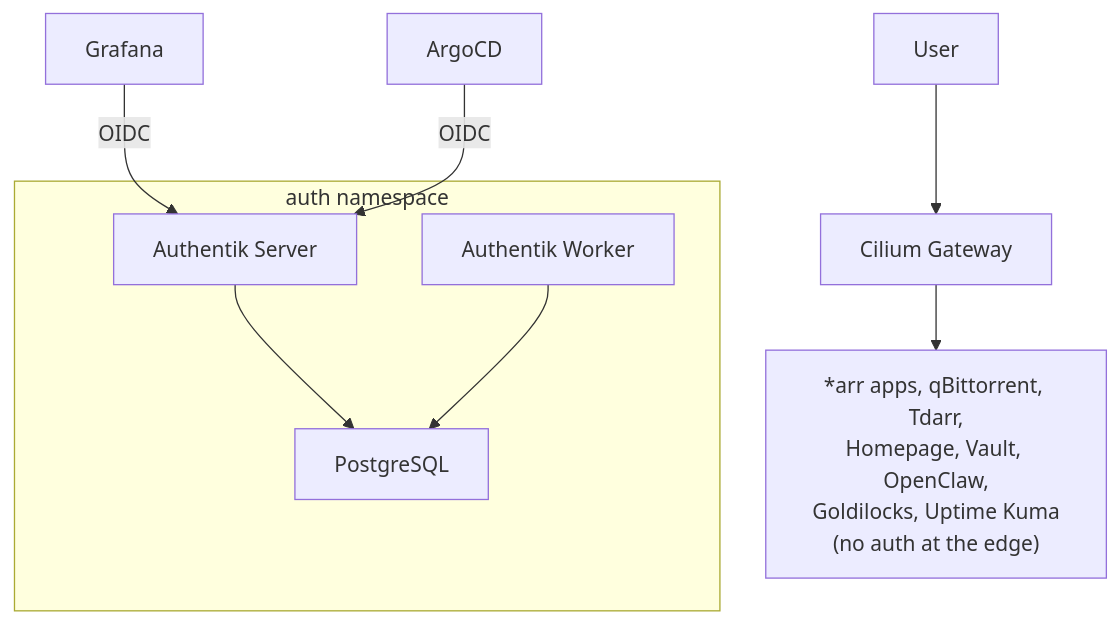
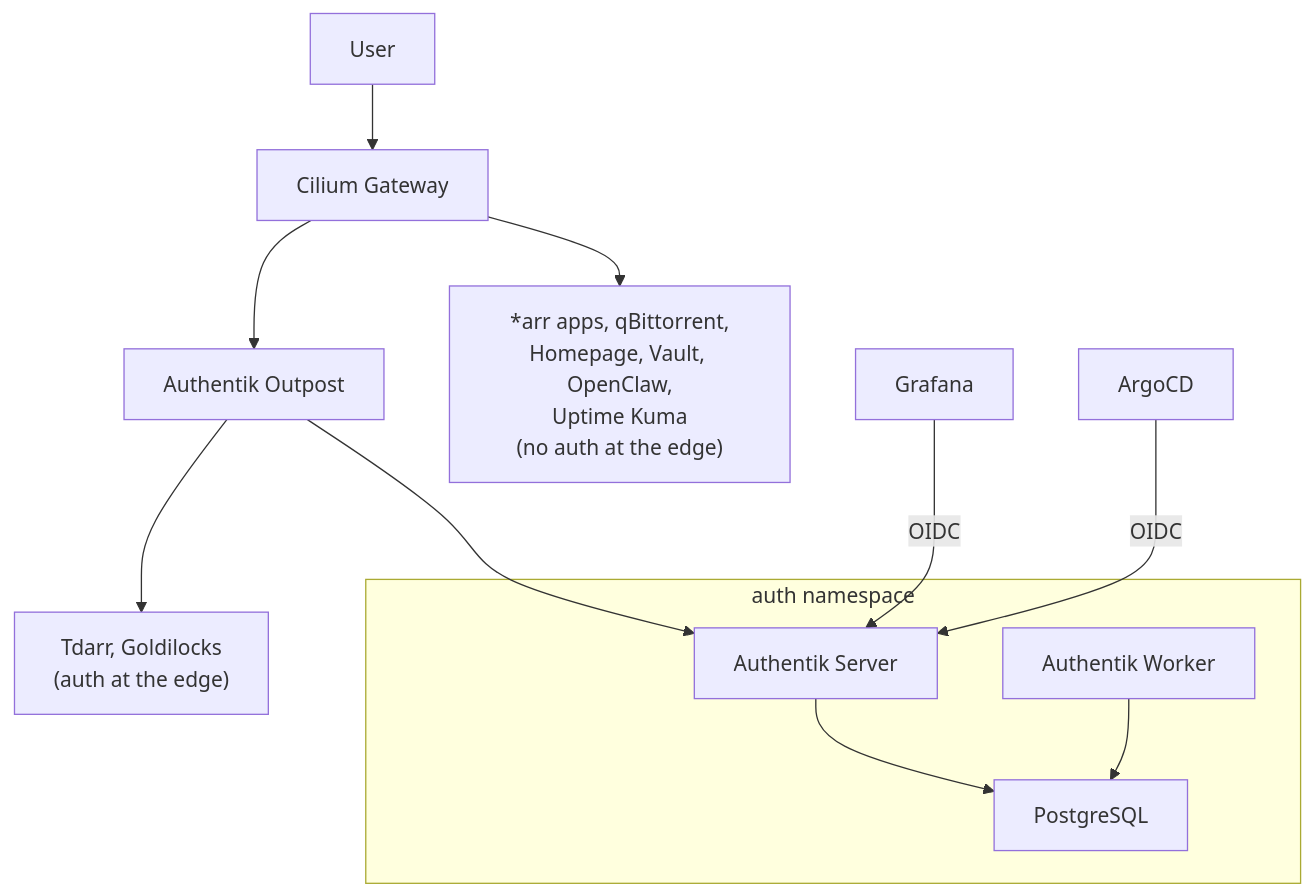
Before and after one commit to kyleseneker/homelab: the diagram in docs/architecture/auth.md, drawn with Mermaid. The commit also changed other lines of this file and 2 other files, not shown here.

Commit message:
docs(auth): document the outpost path that protects tdarr and goldilocks

````diff
--- a/docs/architecture/auth.md
+++ b/docs/architecture/auth.md
@@ -7,16 +7,19 @@
 ```mermaid
 flowchart TB
     subgraph authNS ["auth namespace"]
         AuthentikServer["Authentik Server"]
         AuthentikWorker["Authentik Worker"]
         PostgreSQL["PostgreSQL"]
         AuthentikServer --> PostgreSQL
         AuthentikWorker --> PostgreSQL
     end
 
     User["User"] --> Gateway["Cilium Gateway"]
-    Gateway --> UnprotectedApps["*arr apps, qBittorrent, Tdarr,<br/>Homepage, Vault, OpenClaw,<br/>Goldilocks, Uptime Kuma<br/>(no auth at the edge)"]
+    Gateway --> Outpost["Authentik Outpost"]
+    Outpost --> ProtectedApps["Tdarr, Goldilocks<br/>(auth at the edge)"]
+    Outpost --> AuthentikServer
+    Gateway --> UnprotectedApps["*arr apps, qBittorrent,<br/>Homepage, Vault, OpenClaw,<br/>Uptime Kuma<br/>(no auth at the edge)"]
 
     Grafana["Grafana"] -->|"OIDC"| AuthentikServer
     ArgoCD["ArgoCD"] -->|"OIDC"| AuthentikServer
 ```
````
